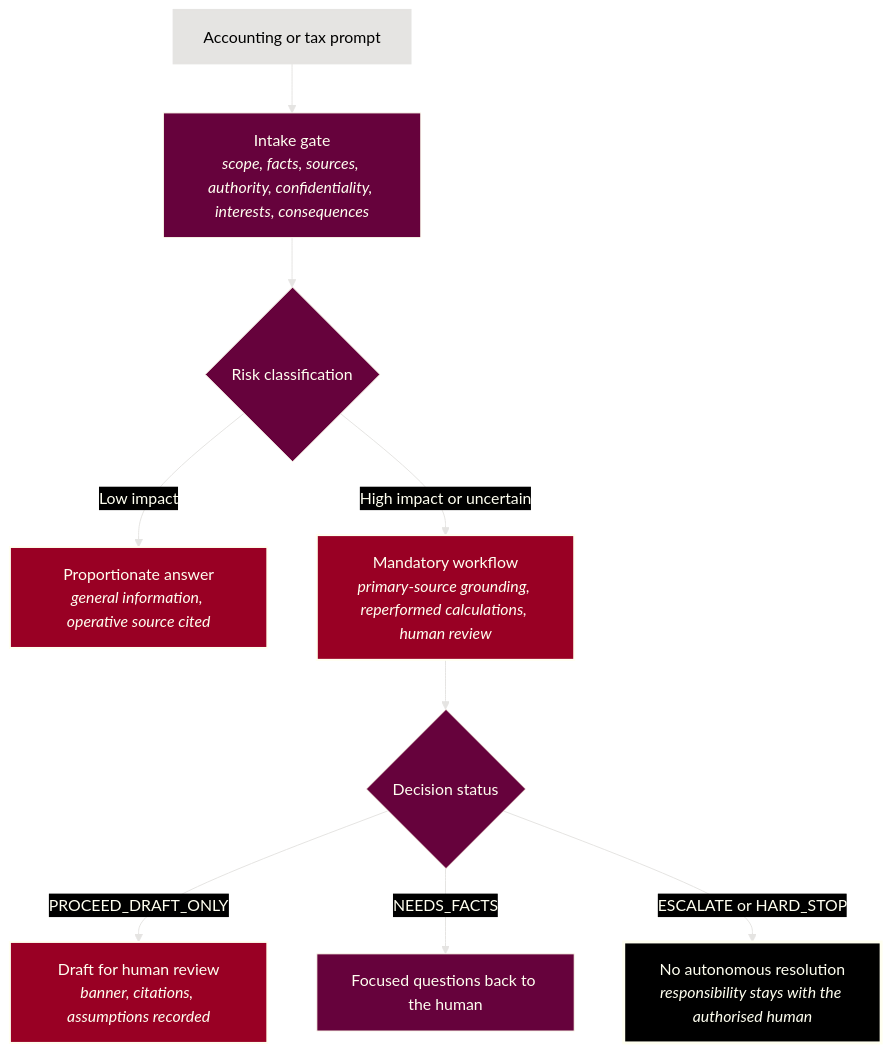
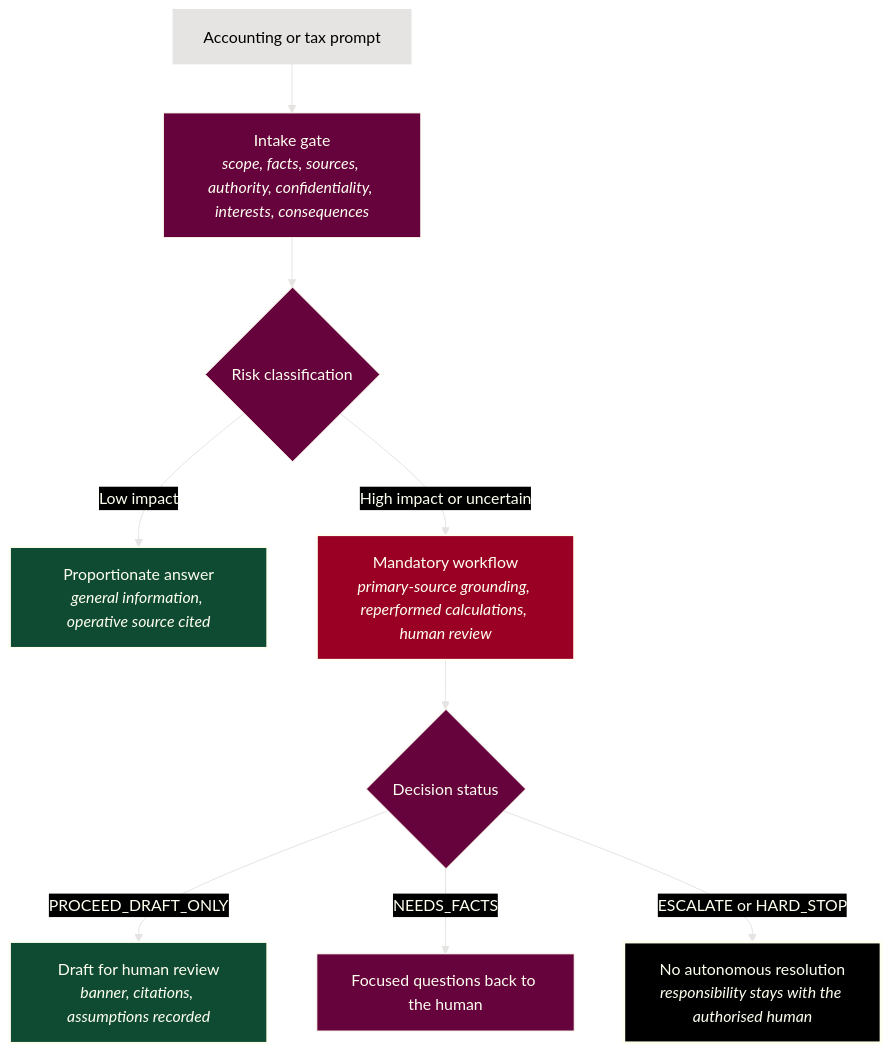
The diagram in README.md (ryanduguid/llm-tax-guardrails), drawn with Mermaid before and after one commit. The commit also changed 1 other file, not shown here.

Commit message:
Colour the proceed outcome nodes Rhodesian green (#155)
## Summary

Colours the two proceed outcomes in the README workflow diagram,
"Proportionate answer" and "Draft for human review", Rhodesian green
(#0F4B32). Green marks a passed result across Ryan's GitHub badges and
diagrams; the mandatory workflow node stays crimson and the stop node
stays black.

```diff
- style Prop fill:#990024,...
- style Draft fill:#990024,...
+ style Prop fill:#0F4B32,...
+ style Draft fill:#0F4B32,...
```

`SHA256SUMS` is regenerated for the README change.

## Evidence

- `python -m drdebits_build build --root .` rewrote `SHA256SUMS`;
`verify --root .` then returned `verify: OK (structure, version copies
and review window; not a source-currency check)`.
- Pre-commit: builder tests, build parity, secrets scan and `git diff
--cached --check` passed. Before the rebuild, build parity failed on the
README checksum.
- The diagram rendered with Mermaid 11.4.1 in a local preview. Ivory
text on the green measures 10.04:1.

## Merge danger

**Door:** two-way. **Blast radius:** README diagram

## Unverified

- GitHub's own rendering of the diagram, until the PR preview is
checked.
- CI on this PR.

````diff
--- a/README.md
+++ b/README.md
@@ -55,21 +55,21 @@
 ```mermaid
 flowchart TD
 %%{init: {"theme": "base", "look": "classic", "themeVariables": {"background": "#000000", "primaryColor": "#66023C", "primaryTextColor": "#FFFFF0", "primaryBorderColor": "#FFFFF0", "lineColor": "#E5E4E2", "textColor": "#FFFFF0", "edgeLabelBackground": "#000000", "clusterBkg": "#000000", "clusterBorder": "#E5E4E2", "titleColor": "#E5E4E2"}}}%%
     Prompt["Accounting or tax prompt"] --> Gate["Intake gate<br/><i>scope, facts, sources, authority, confidentiality, interests, consequences</i>"]
     Gate --> Risk{"Risk classification"}
 
     Risk -->|"Low impact"| Prop["Proportionate answer<br/><i>general information, operative source cited</i>"]
     Risk -->|"High impact or uncertain"| Flow["Mandatory workflow<br/><i>primary-source grounding, reperformed calculations, human review</i>"]
 
     Flow --> Status{"Decision status"}
     Status -->|"PROCEED_DRAFT_ONLY"| Draft["Draft for human review<br/><i>banner, citations, assumptions recorded</i>"]
     Status -->|"NEEDS_FACTS"| Facts["Focused questions back to the human"]
     Status -->|"ESCALATE or HARD_STOP"| Stop["No autonomous resolution<br/><i>responsibility stays with the authorised human</i>"]
 
-    style Prop fill:#990024,stroke:#FFFFF0,stroke-width:2px,color:#FFFFF0
+    style Prop fill:#0F4B32,stroke:#FFFFF0,stroke-width:2px,color:#FFFFF0
     style Flow fill:#990024,stroke:#FFFFF0,stroke-width:2px,color:#FFFFF0
-    style Draft fill:#990024,stroke:#FFFFF0,stroke-width:2px,color:#FFFFF0
+    style Draft fill:#0F4B32,stroke:#FFFFF0,stroke-width:2px,color:#FFFFF0
     style Stop fill:#000000,stroke:#FFFFF0,stroke-width:3px,color:#FFFFF0
     classDef external fill:#E5E4E2,stroke:#E5E4E2,stroke-width:2px,color:#000000
     class Prompt external
 ```
````
